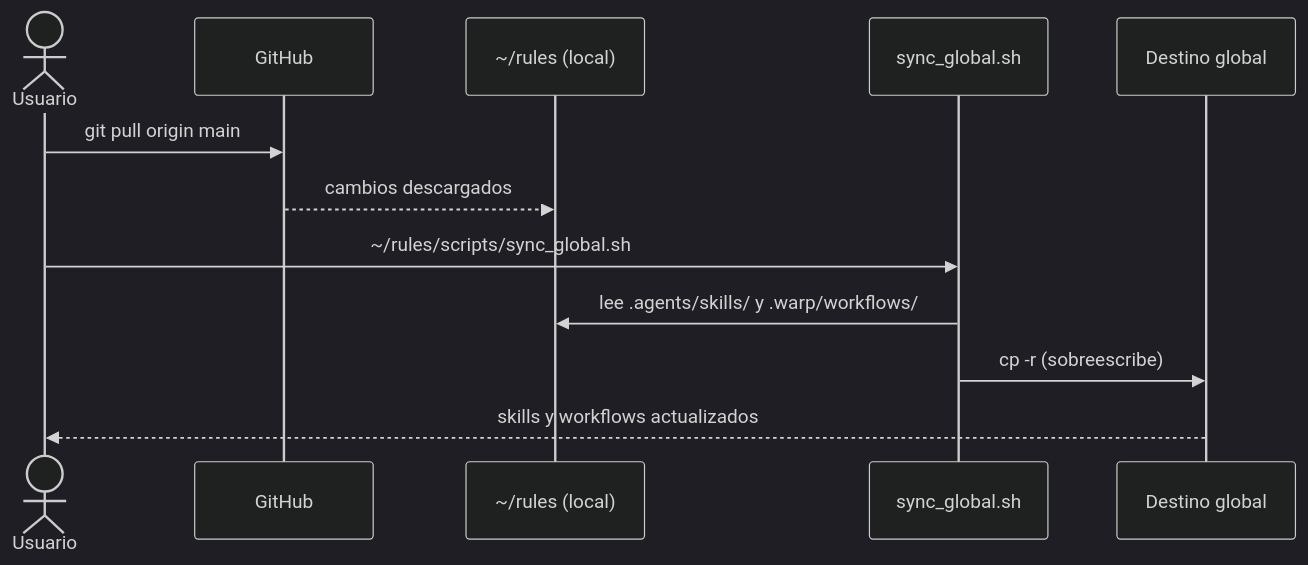
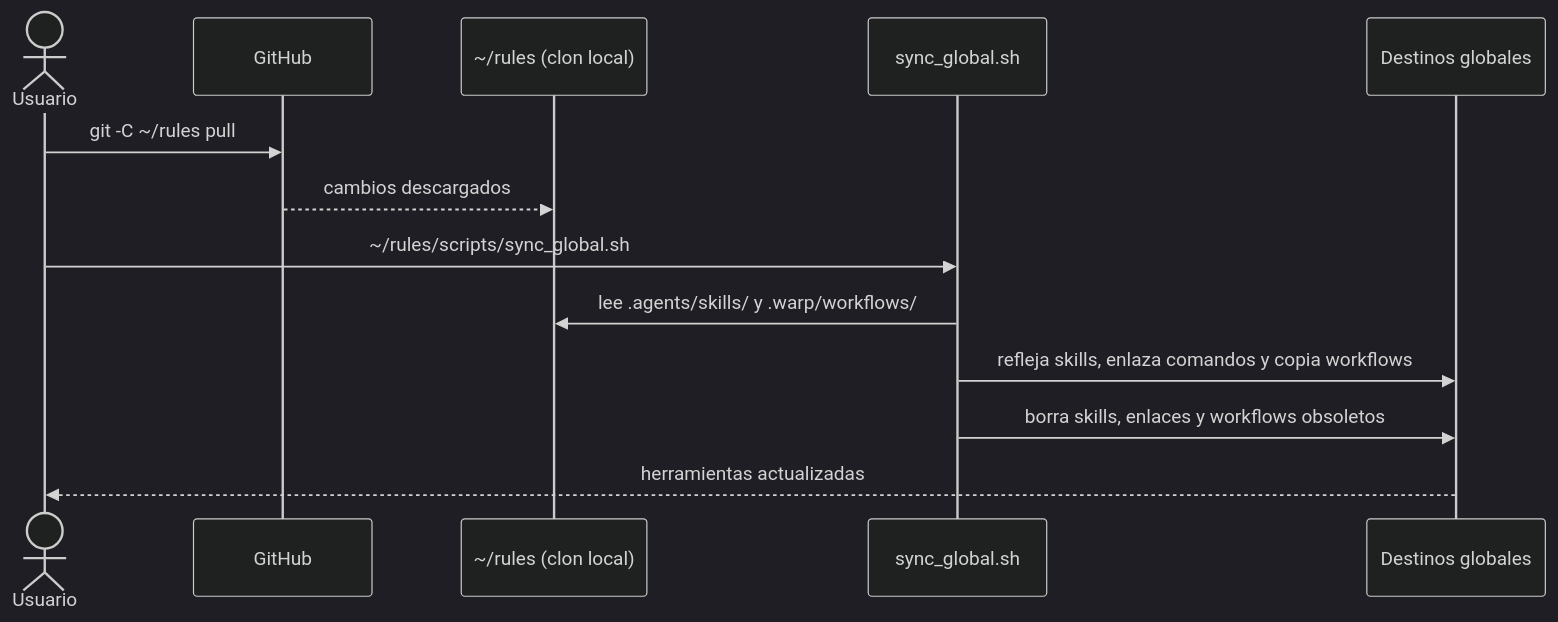
Before and after one commit to incognia/rules: the third of 3 diagrams in docs/SYNC.md, drawn with Mermaid (dark theme). The commit also changed other lines of this file and 89 other files, not shown here.

````diff
--- a/docs/SYNC.md
+++ b/docs/SYNC.md
@@ -163,15 +155,16 @@
 ```mermaid
 sequenceDiagram
     actor U as Usuario
     participant G as GitHub
-    participant R as ~/rules (local)
+    participant R as ~/rules (clon local)
     participant S as sync_global.sh
-    participant D as Destino global
+    participant D as Destinos globales
 
-    U->>G: git pull origin main
+    U->>G: git -C ~/rules pull
     G-->>R: cambios descargados
     U->>S: ~/rules/scripts/sync_global.sh
     S->>R: lee .agents/skills/ y .warp/workflows/
-    S->>D: cp -r (sobreescribe)
-    D-->>U: skills y workflows actualizados
+    S->>D: refleja skills, enlaza comandos y copia workflows
+    S->>D: borra skills, enlaces y workflows obsoletos
+    D-->>U: herramientas actualizadas
 ```
````
